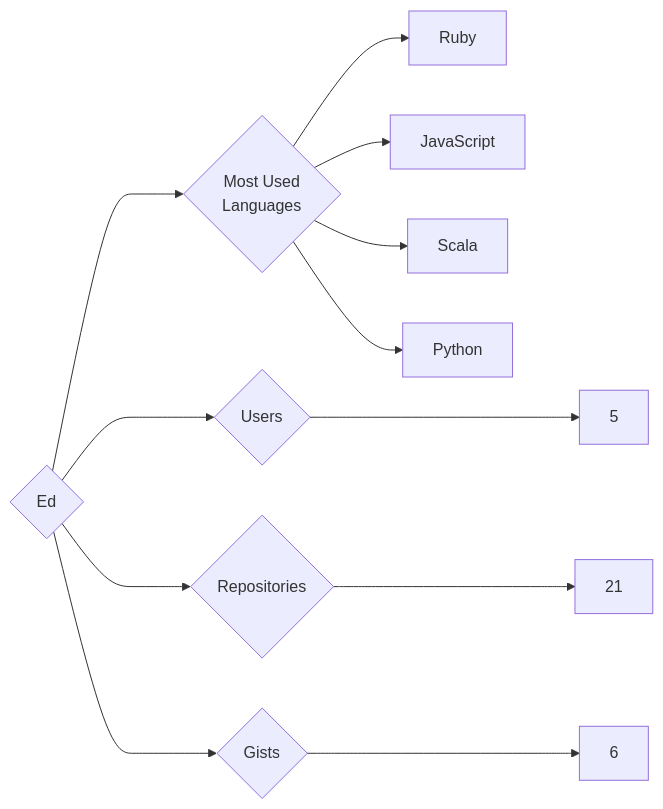
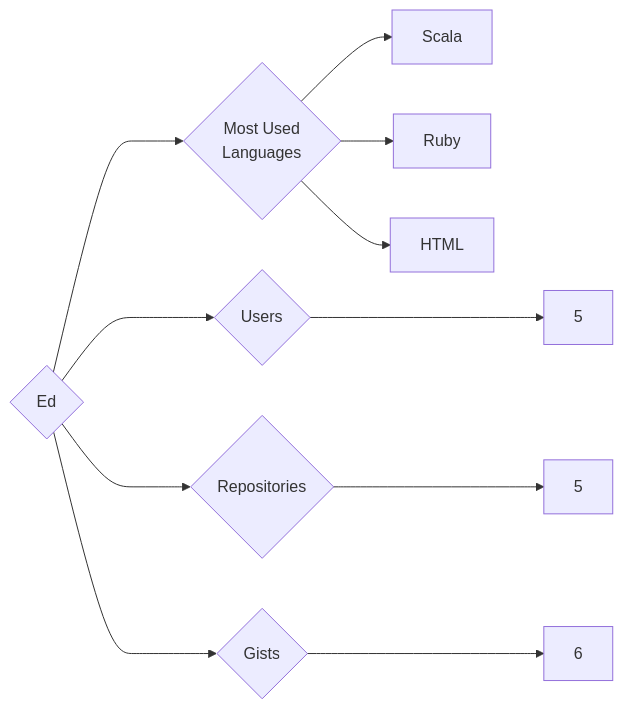
The diagram in targets/Ed/README.md (trickest/insiders), drawn with Mermaid before and after one commit. The commit also changed 1007 other files, not shown here.

````diff
--- a/targets/Ed/README.md
+++ b/targets/Ed/README.md
@@ -3,12 +3,11 @@
 ```mermaid
 graph LR
 COMPANY_NAME{Ed}
 COMPANY_NAME ---> U{Users} ---> UN[5]
-COMPANY_NAME ---> R{Repositories} ---> RN[21]
+COMPANY_NAME ---> R{Repositories} ---> RN[5]
 COMPANY_NAME ---> G{Gists} ---> GN[6]
 COMPANY_NAME ---> ML{Most Used<br>Languages}
+ML --> Scala[Scala]
 ML --> Ruby[Ruby]
-ML --> JavaScript[JavaScript]
-ML --> Scala[Scala]
-ML --> Python[Python]
+ML --> HTML[HTML]
 ```
````
